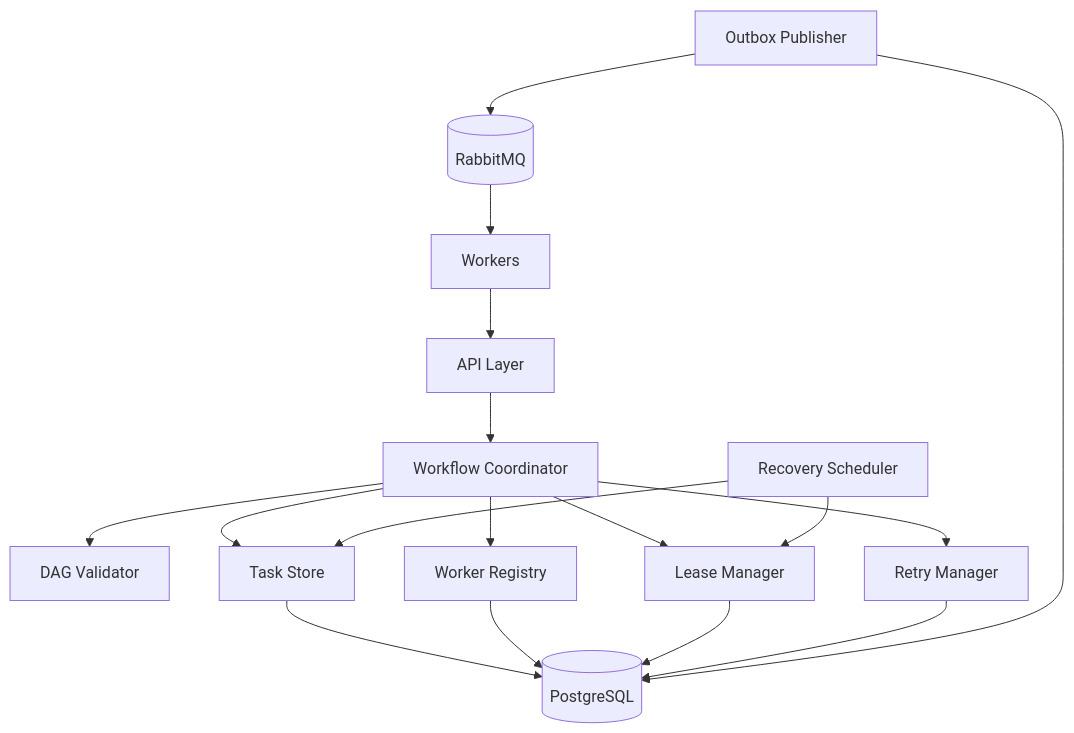
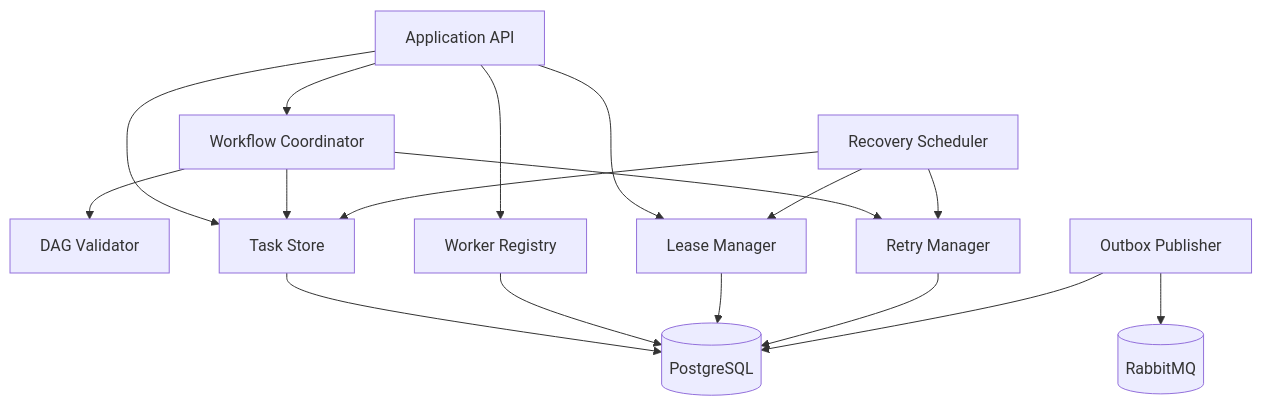
Before and after one commit to ashish-2141/flowforge-engine: the second of 7 diagrams in docs/02-architecture-proposal.md, drawn with Mermaid. The commit also changed other lines of this file, not shown here.

Commit message:
docs: align architecture with reviewer feedback

````diff
--- a/docs/02-architecture-proposal.md
+++ b/docs/02-architecture-proposal.md
@@ -38,32 +47,31 @@
 ```mermaid
 flowchart TB
-    API[API Layer]
+    API[Application API]
     Coordinator[Workflow Coordinator]
     Validator[DAG Validator]
     TaskStore[Task Store]
     WorkerRegistry[Worker Registry]
     LeaseManager[Lease Manager]
     RetryManager[Retry Manager]
     Recovery[Recovery Scheduler]
     Outbox[Outbox Publisher]
     DB[(PostgreSQL)]
     Broker[(RabbitMQ)]
-    Workers[Workers]
 
     API --> Coordinator
+    API --> WorkerRegistry
+    API --> LeaseManager
+    API --> TaskStore
     Coordinator --> Validator
     Coordinator --> TaskStore
+    Coordinator --> RetryManager
     TaskStore --> DB
-    Coordinator --> WorkerRegistry
     WorkerRegistry --> DB
-    Coordinator --> LeaseManager
     LeaseManager --> DB
-    Coordinator --> RetryManager
     RetryManager --> DB
     Recovery --> TaskStore
     Recovery --> LeaseManager
+    Recovery --> RetryManager
     Outbox --> DB
     Outbox --> Broker
-    Workers --> API
-    Broker --> Workers
 ```
````
